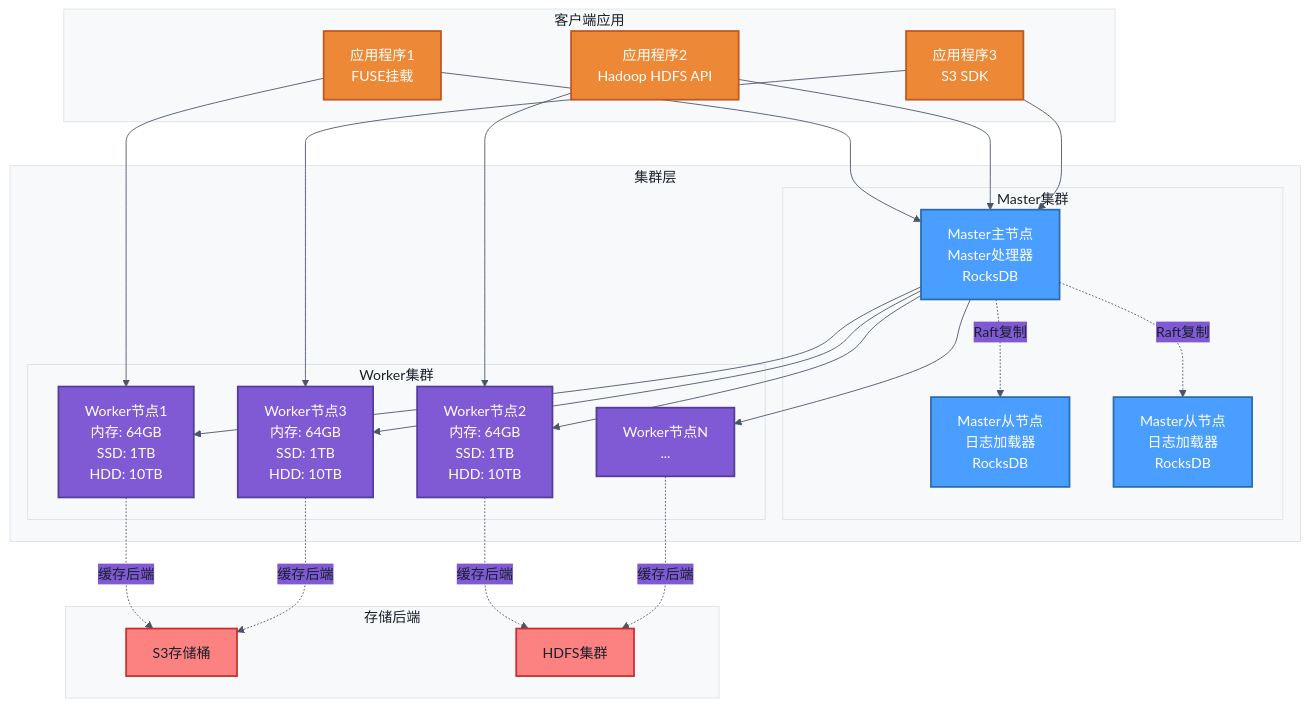
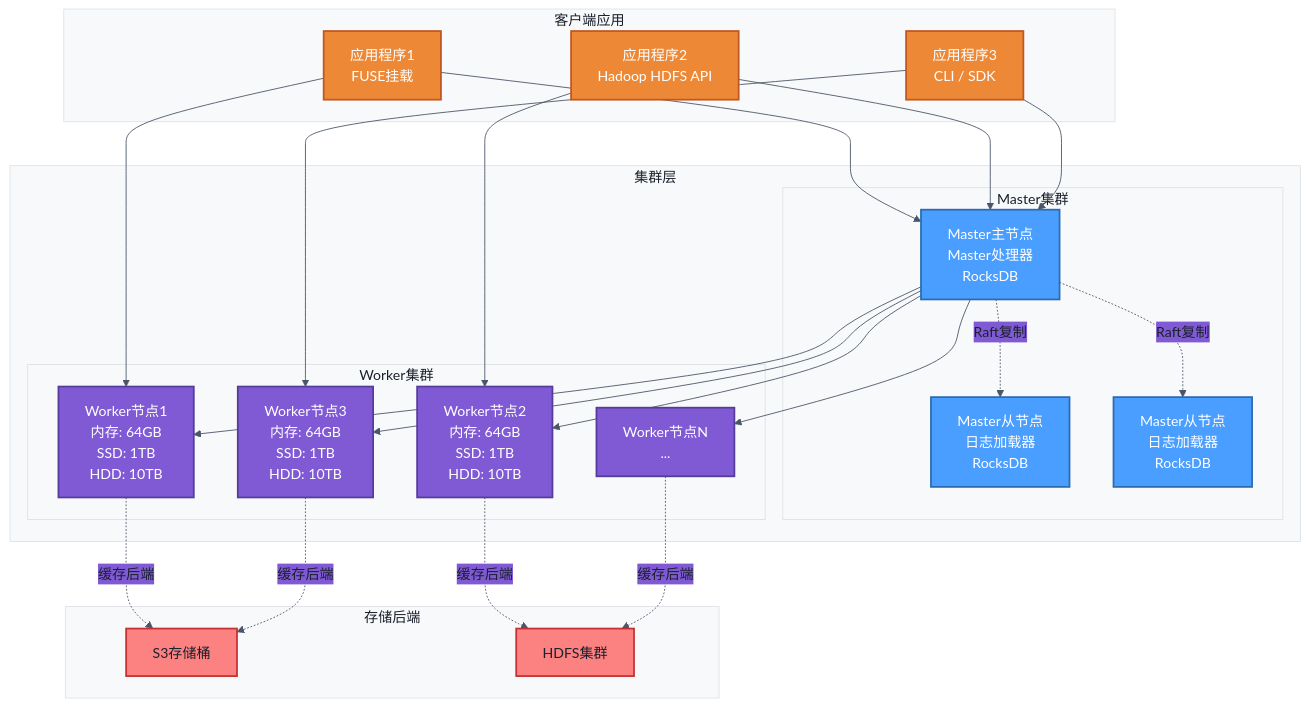
The first of 2 diagrams in i18n/zh-cn/docusaurus-plugin-content-docs/current/2-Deploy/0-Deployment-Overview/0-Deployment-Architecture.md (CurvineIO/curvine-doc), drawn with Mermaid before and after one commit. The commit also changed other lines of this file and 23 other files, not shown here.

````diff
--- a/i18n/zh-cn/docusaurus-plugin-content-docs/current/2-Deploy/0-Deployment-Overview/0-Deployment-Architecture.md
+++ b/i18n/zh-cn/docusaurus-plugin-content-docs/current/2-Deploy/0-Deployment-Overview/0-Deployment-Architecture.md
@@ -11,57 +11,57 @@
 ```mermaid
 %%{init: {'theme': 'base', 'themeVariables': { 'background': '#ffffff', 'primaryColor': '#4a9eff', 'primaryTextColor': '#1a202c', 'primaryBorderColor': '#3182ce', 'lineColor': '#4a5568', 'secondaryColor': '#805ad5', 'tertiaryColor': '#38a169', 'mainBkg': '#ffffff', 'nodeBorder': '#4a5568', 'clusterBkg': '#f8f9fa', 'clusterBorder': '#dee2e6', 'titleColor': '#1a202c'}}}%%
 flowchart TD
     subgraph 客户端应用
         App1[应用程序1<br/>FUSE挂载]
         App2[应用程序2<br/>Hadoop HDFS API]
-        App3[应用程序3<br/>S3 SDK]
+        App3[应用程序3<br/>CLI / SDK]
     end
 
     subgraph 集群层
         subgraph Master集群
             MasterLeader[Master主节点<br/>Master处理器<br/>RocksDB]
             MasterFollower1[Master从节点<br/>日志加载器<br/>RocksDB]
             MasterFollower2[Master从节点<br/>日志加载器<br/>RocksDB]
             MasterLeader -. Raft复制 .-> MasterFollower1
             MasterLeader -. Raft复制 .-> MasterFollower2
         end
 
         subgraph Worker集群
             Worker1[Worker节点1<br/>内存: 64GB<br/>SSD: 1TB<br/>HDD: 10TB]
             Worker2[Worker节点2<br/>内存: 64GB<br/>SSD: 1TB<br/>HDD: 10TB]
             Worker3[Worker节点3<br/>内存: 64GB<br/>SSD: 1TB<br/>HDD: 10TB]
             WorkerN[Worker节点N<br/>...]
         end
     end
 
     subgraph 存储后端
         S3Bucket[S3存储桶]
         HDFSCluster[HDFS集群]
     end
 
     App1 --> MasterLeader
     App1 --> Worker1
     App2 --> MasterLeader
     App2 --> Worker2
     App3 --> MasterLeader
     App3 --> Worker3
     MasterLeader --> Worker1
     MasterLeader --> Worker2
     MasterLeader --> Worker3
     MasterLeader --> WorkerN
     Worker1 -. 缓存后端 .-> S3Bucket
     Worker2 -. 缓存后端 .-> HDFSCluster
     Worker3 -. 缓存后端 .-> S3Bucket
     WorkerN -. 缓存后端 .-> HDFSCluster
 
     %% Styles
     classDef appStyle fill:#ed8936,stroke:#c05621,color:#fff,stroke-width:2px
     classDef masterStyle fill:#4a9eff,stroke:#2b6cb0,color:#fff,stroke-width:2px
     classDef workerStyle fill:#805ad5,stroke:#553c9a,color:#fff,stroke-width:2px
     classDef storageStyle fill:#fc8181,stroke:#c53030,color:#1a202c,stroke-width:2px
     
     class App1,App2,App3 appStyle
     class MasterLeader,MasterFollower1,MasterFollower2 masterStyle
     class Worker1,Worker2,Worker3,WorkerN workerStyle
     class S3Bucket,HDFSCluster storageStyle
 ```
````
